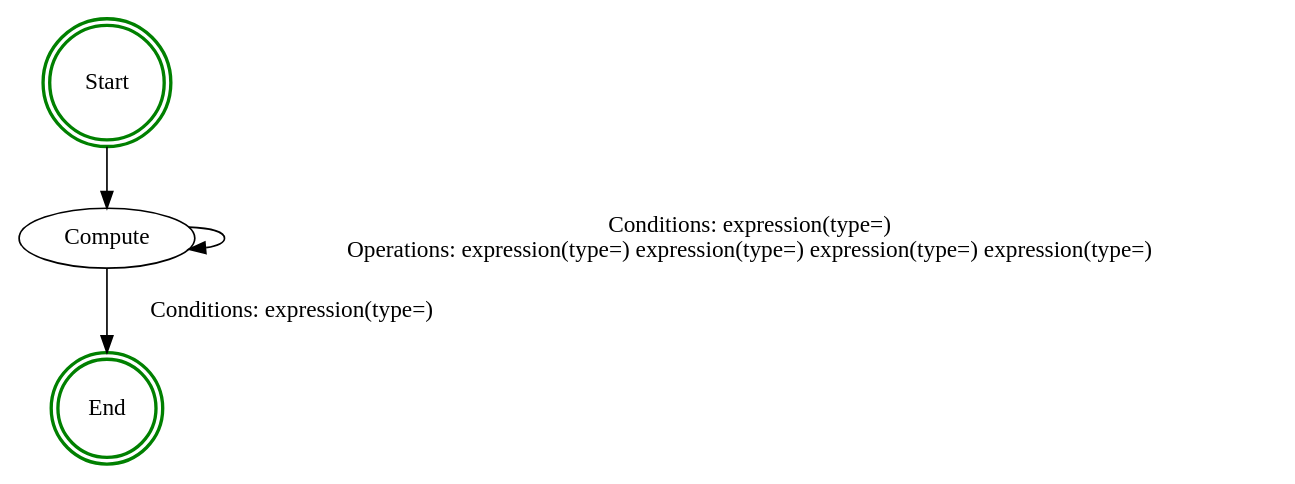
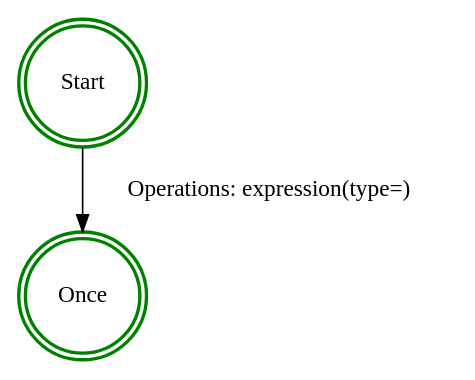
The diagram in graph_sruct.dot (LiyuZer/Automa), drawn with Graphviz before and after one commit. The commit also changed 30 other files, not shown here.

```diff
--- a/graph_sruct.dot
+++ b/graph_sruct.dot
@@ -1,7 +1,5 @@
 digraph G {
-    "End" [shape=doublecircle, color=green, style=bold];
+    "Once" [shape=doublecircle, color=green, style=bold];
     "Start" [shape=doublecircle, color=green, style=bold];
-    "Compute" -> "Compute" [label="Conditions: expression(type=) \nOperations: expression(type=) expression(type=) expression(type=) expression(type=) "];
-    "Compute" -> "End" [label="Conditions: expression(type=) "];
-    "Start" -> "Compute";
+    "Start" -> "Once" [label="Operations: expression(type=) "];
 }
```
